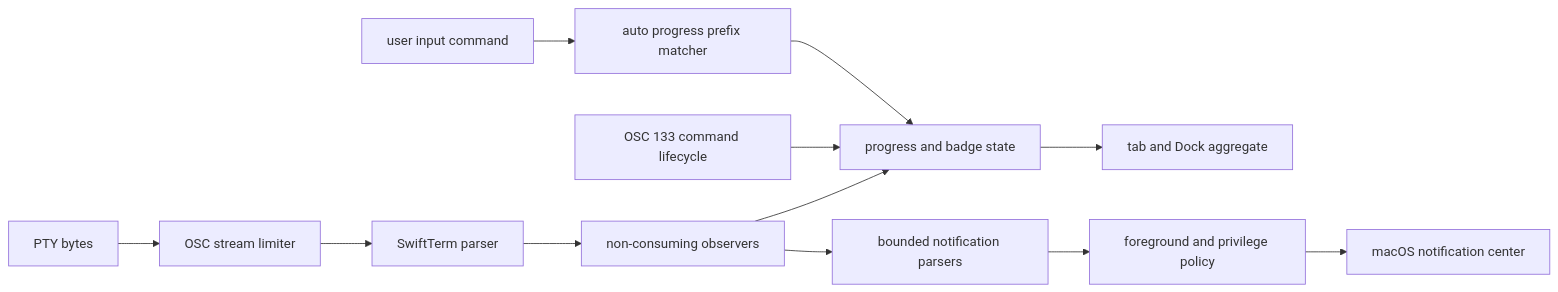
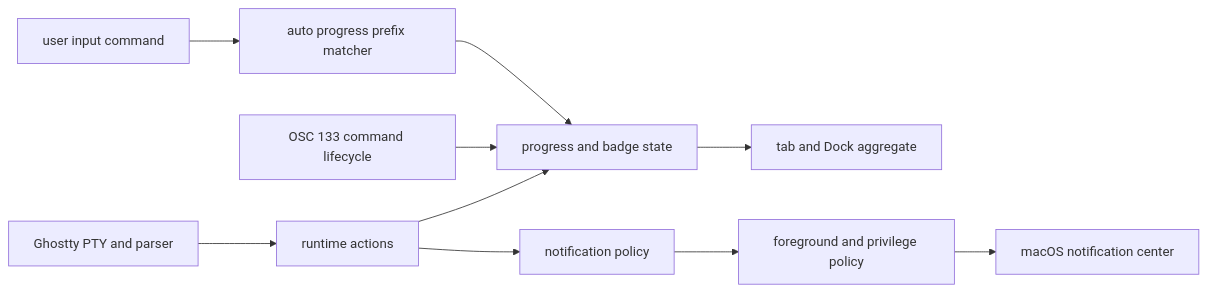
The diagram in docs/developer/terminal-activity-and-notifications.md (rambocode/aster), drawn with Mermaid before and after one commit. The commit also changed other lines of this file and 29 other files, not shown here.

````diff
--- a/docs/developer/terminal-activity-and-notifications.md
+++ b/docs/developer/terminal-activity-and-notifications.md
@@ -16,14 +20,12 @@
 ```mermaid
 flowchart LR
-  A["PTY bytes"] --> B["OSC stream limiter"]
-  B --> C["SwiftTerm parser"]
-  C --> D["non-consuming observers"]
-  D --> E["progress and badge state"]
-  D --> F["bounded notification parsers"]
+  A["Ghostty PTY and parser"] --> B["runtime actions"]
+  B --> E["progress and badge state"]
+  B --> F["notification policy"]
   G["OSC 133 command lifecycle"] --> E
   H["user input command"] --> I["auto progress prefix matcher"]
   I --> E
   E --> J["tab and Dock aggregate"]
   F --> K["foreground and privilege policy"]
   K --> L["macOS notification center"]
 ```
````
